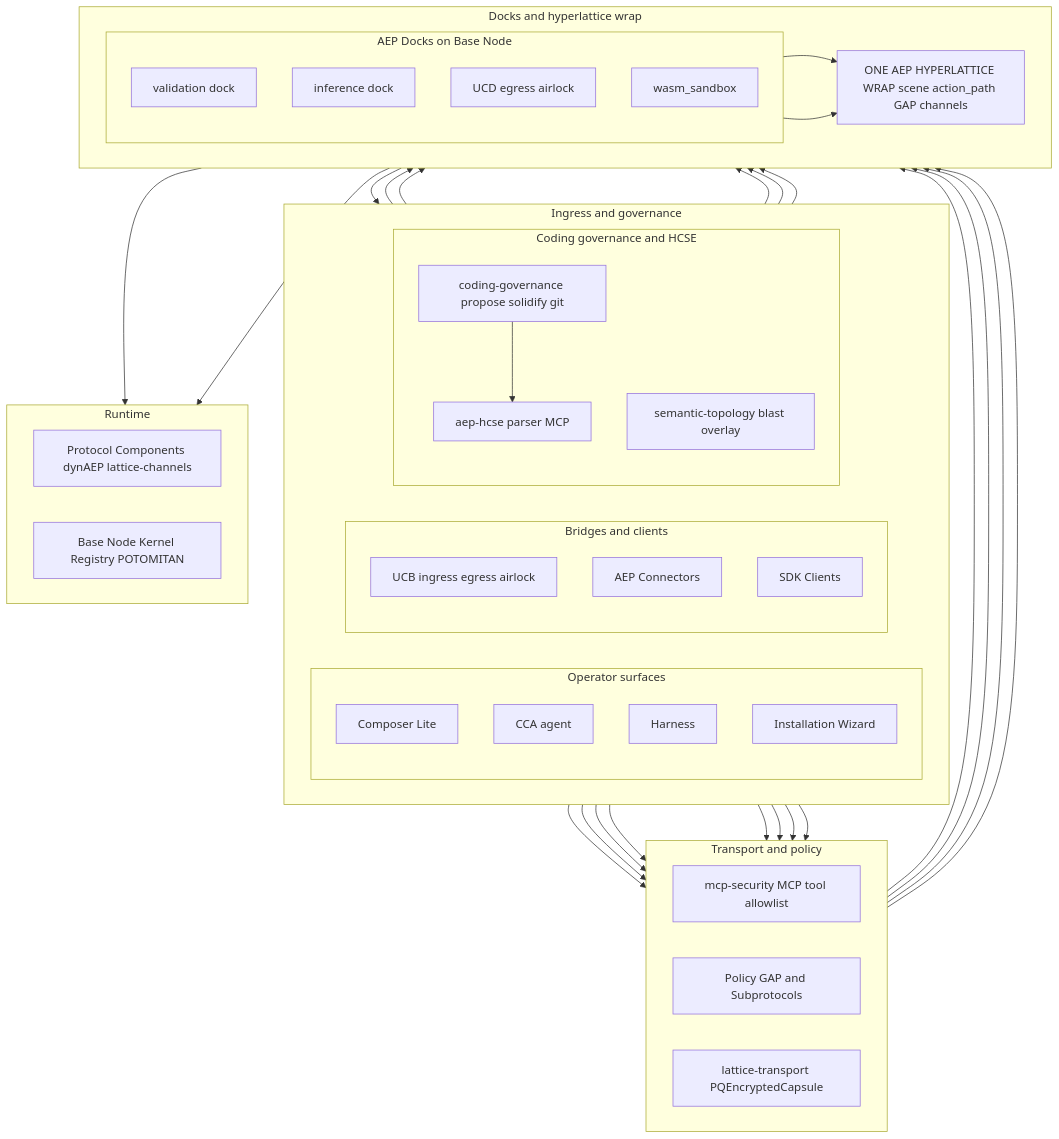
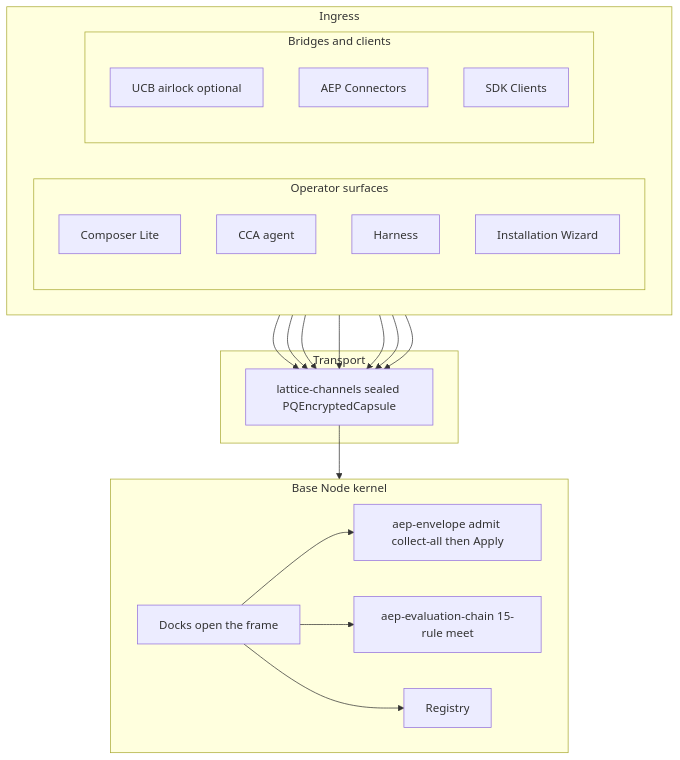
The diagram in docs/architecture/aep-28-architecture.mmd (thePM001/AEP-agent-element-protocol), drawn with Mermaid before and after one commit. The commit also changed 350 other files, not shown here.

First line of the commit message:
Publish AEP 2.8 reference library updates on GitHub

```diff
--- a/docs/architecture/aep-28-architecture.mmd
+++ b/docs/architecture/aep-28-architecture.mmd
@@ -1,72 +1,41 @@
 flowchart TB
-  subgraph BAND1[Ingress and governance]
+  subgraph BAND1[Ingress]
     direction LR
     subgraph SURFACES[Operator surfaces]
       direction TB
       CL[Composer Lite]
       CCA[CCA agent]
       HAR[Harness]
       WIZ[Installation Wizard]
     end
     subgraph BRIDGES[Bridges and clients]
       direction TB
-      UCB[UCB ingress egress airlock]
+      UCB[UCB airlock optional]
       CONN[AEP Connectors]
       SDK[SDK Clients]
     end
-    subgraph GOV[Coding governance and HCSE]
-      direction TB
-      CG[coding-governance propose solidify git]
-      HCSE[aep-hcse parser MCP]
-      SEM[semantic-topology blast overlay]
-    end
   end
 
-  subgraph BAND2[Transport and policy]
-    direction LR
-    MCPSEC[mcp-security MCP tool allowlist]
-    POL[Policy GAP and Subprotocols]
-    LT[lattice-transport PQEncryptedCapsule]
+  subgraph BAND2[Transport]
+    LT[lattice-channels sealed PQEncryptedCapsule]
   end
 
-  subgraph BAND3[Docks and hyperlattice wrap]
+  subgraph BAND3[Base Node kernel]
     direction LR
-    subgraph DOCKS[AEP Docks on Base Node]
-      direction TB
-      VD[validation dock]
-      ID[inference dock]
-      UCD[UCD egress airlock]
-      WS[wasm_sandbox]
-    end
-    HL[ONE AEP HYPERLATTICE WRAP scene action_path GAP channels]
-  end
-
-  subgraph RUNTIME[Runtime]
-    direction LR
-    COMP[Protocol Components dynAEP lattice-channels]
-    KERN[Base Node Kernel Registry POTOMITAN]
+    DOCK[Docks open the frame]
+    ADMIT[aep-envelope admit collect-all then Apply]
+    MEET[aep-evaluation-chain 15-rule meet]
+    REG[Registry]
   end
 
   CL --> LT
   CCA --> LT
-  CCA --> HL
   HAR --> LT
   WIZ --> LT
-  UCB --> MCPSEC
   UCB --> LT
-  UCB --> UCD
-  UCD --> HCSE
-  CG --> HCSE
-  CG --> HL
-  HCSE --> HL
-  SEM --> HL
   CONN --> LT
   SDK --> LT
-  POL --> HL
-  LT --> VD
-  LT --> ID
-  LT --> WS
-  VD --> HL
-  ID --> HL
-  HL --> COMP
-  HL --> KERN
+  LT --> DOCK
+  DOCK --> ADMIT
+  DOCK --> MEET
+  DOCK --> REG
```
